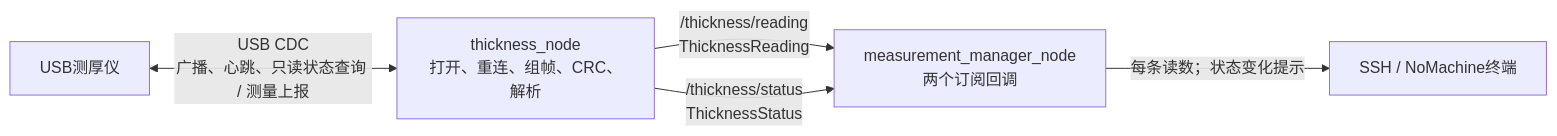
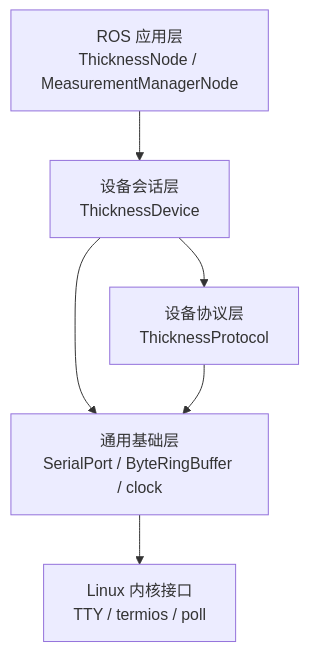
The first of 2 diagrams in README.md (pingqiaoL/Dual_magneticd_wheel_ros2_code), drawn with Mermaid before and after one commit. The commit also changed other lines of this file and 49 other files, not shown here.

````diff
--- a/README.md
+++ b/README.md
@@ -124,7 +41,14 @@
 ```mermaid
-flowchart LR
-    USB["USB测厚仪"] <-->|"USB CDC<br/>广播、心跳、只读状态查询 / 测量上报"| DRIVER["thickness_node<br/>打开、重连、组帧、CRC、解析"]
-    DRIVER -->|"/thickness/reading<br/>ThicknessReading"| PRINT["measurement_manager_node<br/>两个订阅回调"]
-    DRIVER -->|"/thickness/status<br/>ThicknessStatus"| PRINT
-    PRINT -->|"每条读数；状态变化提示"| TERMINAL["SSH / NoMachine终端"]
+flowchart TB
+    ROS["ROS 应用层<br/>ThicknessNode / MeasurementManagerNode"]
+    DEVICE["设备会话层<br/>ThicknessDevice"]
+    PROTOCOL["设备协议层<br/>ThicknessProtocol"]
+    COMMON["通用基础层<br/>SerialPort / ByteRingBuffer / clock"]
+    LINUX["Linux 内核接口<br/>TTY / termios / poll"]
+
+    ROS --> DEVICE
+    DEVICE --> PROTOCOL
+    DEVICE --> COMMON
+    PROTOCOL --> COMMON
+    COMMON --> LINUX
 ```
````
